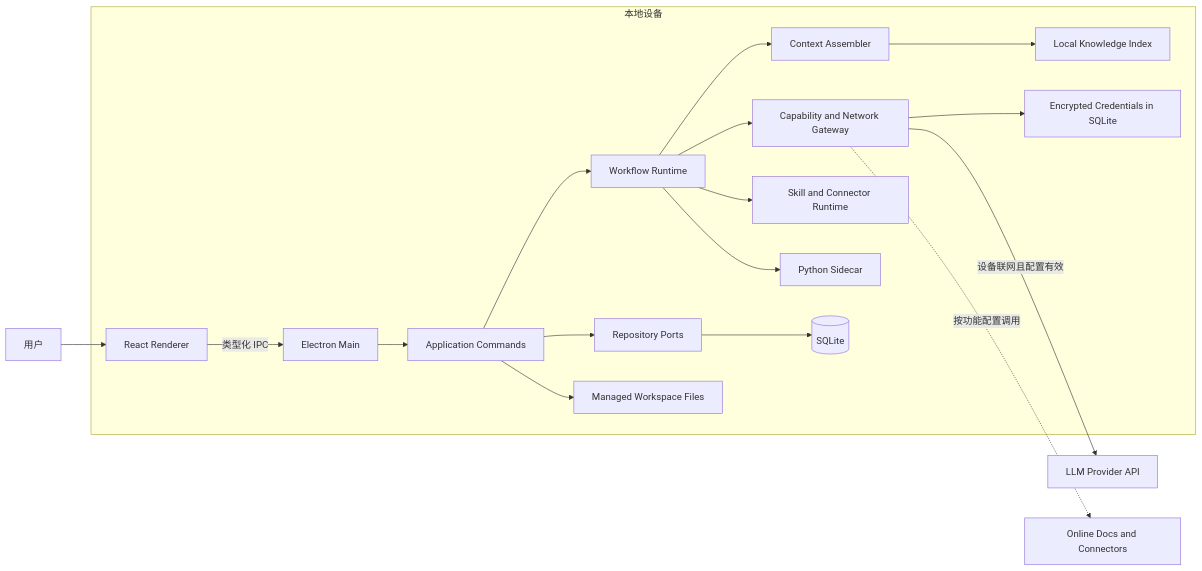
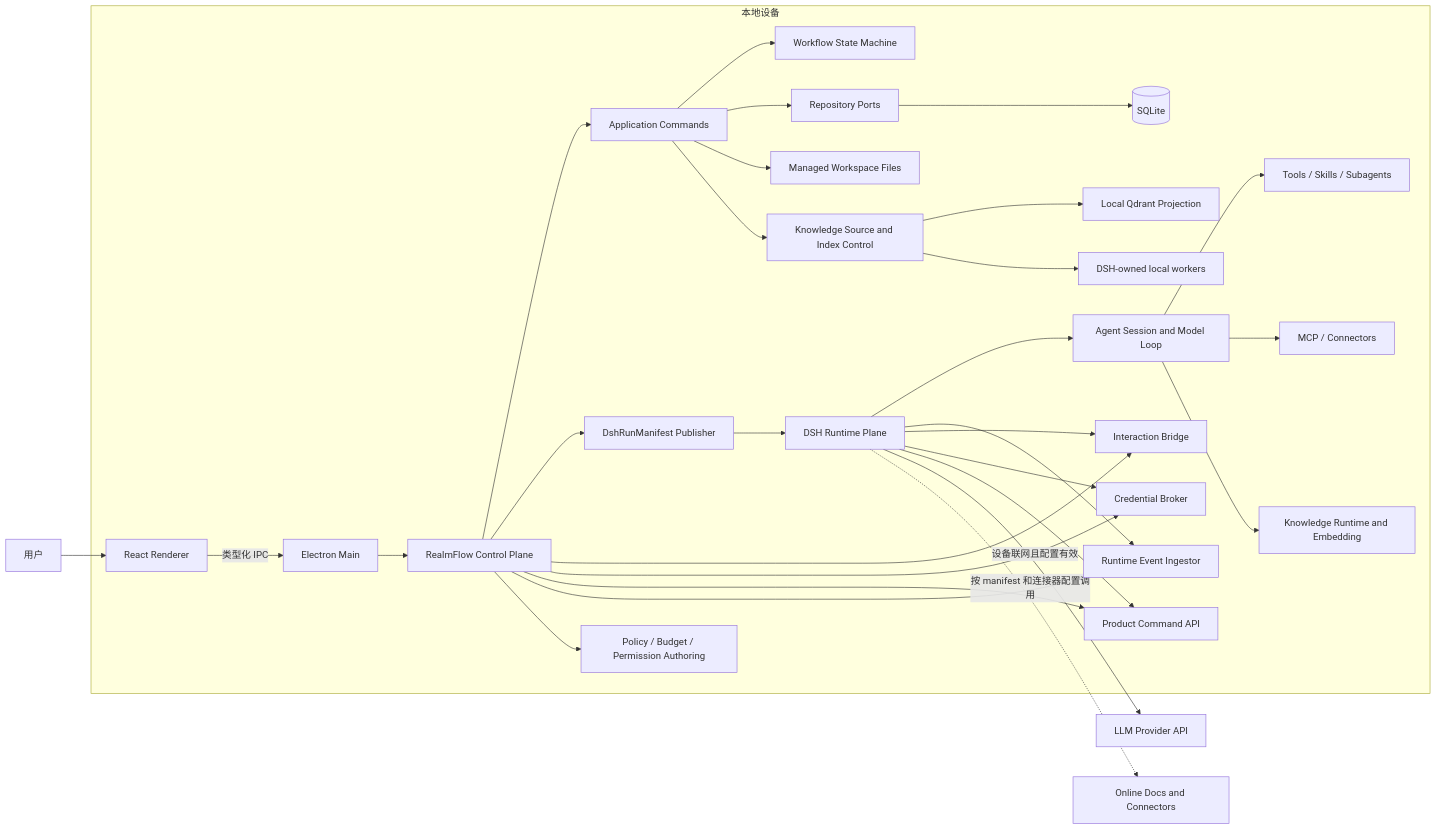
The diagram in docs/product-architecture.md (Qbian61/realmflow), drawn with Mermaid before and after one commit. The commit also changed other lines of this file and 707 other files, not shown here.

````diff
--- a/docs/product-architecture.md
+++ b/docs/product-architecture.md
@@ -241,22 +247,35 @@
 ```mermaid
 flowchart LR
   User[用户] --> Renderer[React Renderer]
 
   subgraph LocalDevice[本地设备]
     Renderer -->|类型化 IPC| Main[Electron Main]
-    Main --> Commands[Application Commands]
-    Commands --> Workflow[Workflow Runtime]
-    Workflow --> Context[Context Assembler]
-    Workflow --> Policy[Capability and Network Gateway]
-    Workflow --> Skills[Skill and Connector Runtime]
-    Workflow --> Sidecar[Python Sidecar]
+    Main --> Product[RealmFlow Control Plane]
+    Product --> Commands[Application Commands]
+    Product --> Manifest[DshRunManifest Publisher]
+    Product --> Interactions[Interaction Bridge]
+    Product --> Credentials[Credential Broker]
+    Product --> ProductCommands[Product Command API]
+    Product --> Events[Runtime Event Ingestor]
+    Product --> Policy[Policy / Budget / Permission Authoring]
+    Commands --> Workflow[Workflow State Machine]
     Commands --> Repositories[Repository Ports]
     Repositories --> SQLite[(SQLite)]
     Commands --> Files[Managed Workspace Files]
-    Context --> Knowledge[Local Knowledge Index]
-    Policy --> Credentials[Encrypted Credentials in SQLite]
+    Commands --> Knowledge[Knowledge Source and Index Control]
+    Knowledge --> Qdrant[Local Qdrant Projection]
+    Knowledge --> LocalWorkers[DSH-owned local workers]
+    Manifest --> DSH[DSH Runtime Plane]
+    DSH --> AgentLoop[Agent Session and Model Loop]
+    AgentLoop --> DshTools[Tools / Skills / Subagents]
+    AgentLoop --> DshMcp[MCP / Connectors]
+    AgentLoop --> DshKnowledge[Knowledge Runtime and Embedding]
+    DSH --> Events
+    DSH --> Interactions
+    DSH --> Credentials
+    DSH --> ProductCommands
   end
 
-  Policy -->|设备联网且配置有效| Model[LLM Provider API]
-  Policy -.->|按功能配置调用| External[Online Docs and Connectors]
+  DSH -->|设备联网且配置有效| Model[LLM Provider API]
+  DSH -.->|按 manifest 和连接器配置调用| External[Online Docs and Connectors]
 ```
````
